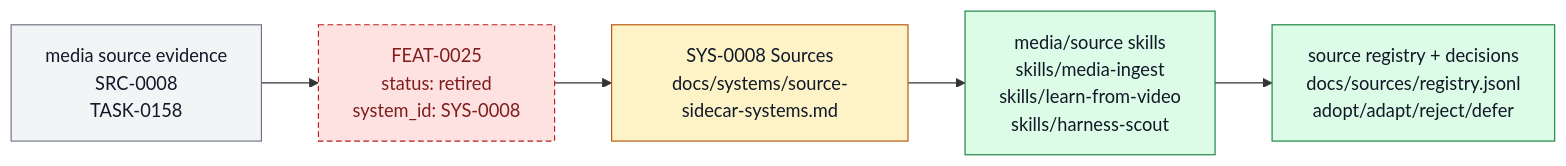
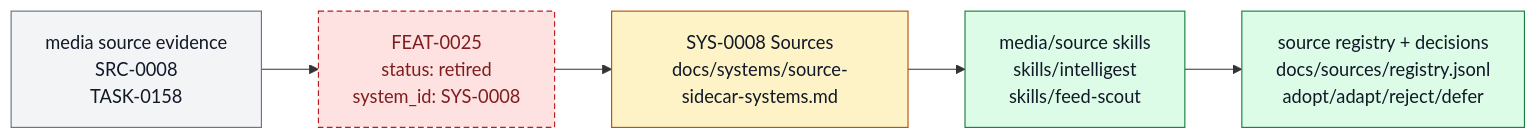
The diagram in docs/features/FEAT-0025-video-to-skill-source-reconstruction.md (ZanarkandTechnologies/Farplane), drawn with Mermaid before and after one commit. The commit also changed other lines of this file and 647 other files, not shown here.

````diff
--- a/docs/features/FEAT-0025-video-to-skill-source-reconstruction.md
+++ b/docs/features/FEAT-0025-video-to-skill-source-reconstruction.md
@@ -93,15 +91,15 @@
 ```mermaid
 flowchart LR
   classDef keep fill:#f3f4f6,stroke:#6b7280,color:#111827
   classDef changed fill:#fef3c7,stroke:#b45309,color:#111827
   classDef added fill:#dcfce7,stroke:#15803d,color:#111827
   classDef retired fill:#fee2e2,stroke:#b91c1c,color:#7f1d1d,stroke-dasharray: 5 3
 
   source["media source evidence<br/>SRC-0008<br/>TASK-0158"]:::keep
   retired["FEAT-0025<br/>status: retired<br/>system_id: SYS-0008"]:::retired
   owner["SYS-0008 Sources<br/>docs/systems/source-sidecar-systems.md"]:::changed
-  skills["media/source skills<br/>skills/media-ingest<br/>skills/learn-from-video<br/>skills/harness-scout"]:::added
+  skills["media/source skills<br/>skills/intelligest<br/>skills/feed-scout"]:::added
   registry["source registry + decisions<br/>docs/sources/registry.jsonl<br/>adopt/adapt/reject/defer"]:::added
 
   source --> retired --> owner --> skills --> registry
 ```
````
